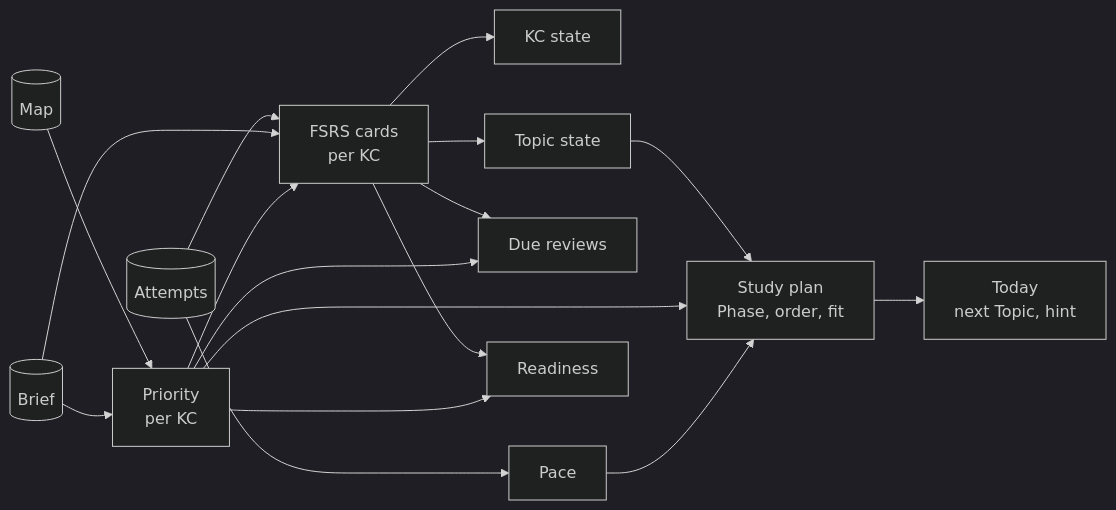
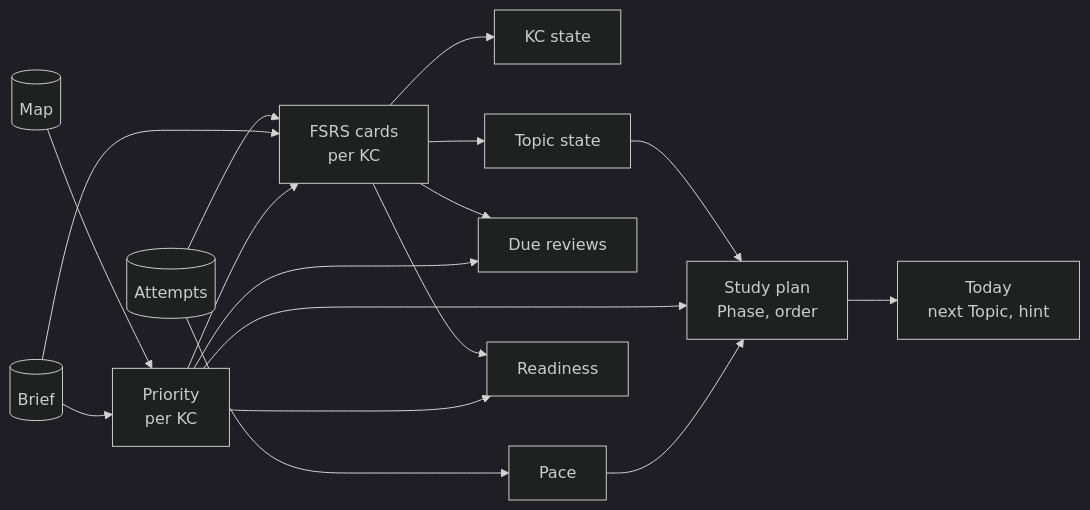
Before and after one commit to 69420pm/project-mastery: the second of 3 diagrams in docs/features/tutoring.md, drawn with Mermaid (dark theme). The commit also changed other lines of this file and 60 other files, not shown here.

````diff
--- a/docs/features/tutoring.md
+++ b/docs/features/tutoring.md
@@ -64,19 +64,19 @@
 ```mermaid
 flowchart LR
   map[("Map")] --> priority["Priority<br/>per KC"]
   brief[("Brief")] --> priority
   log[("Attempts")] --> cards["FSRS cards<br/>per KC"]
   brief --> cards
   priority --> cards
   cards --> kc["KC state"]
   cards --> topic["Topic state"]
   cards --> due["Due reviews"]
   priority --> due
-  topic --> plan["Study plan<br/>Phase, order, fit"]
+  topic --> plan["Study plan<br/>Phase, order"]
   priority --> plan
   log --> pace["Pace"]
   pace --> plan
   plan --> today["Today<br/>next Topic, hint"]
   cards --> ready["Readiness"]
   priority --> ready
 ```
````
